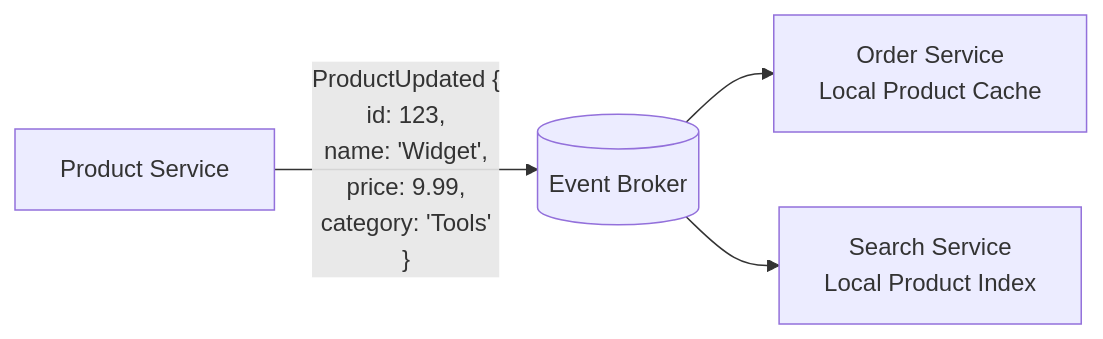
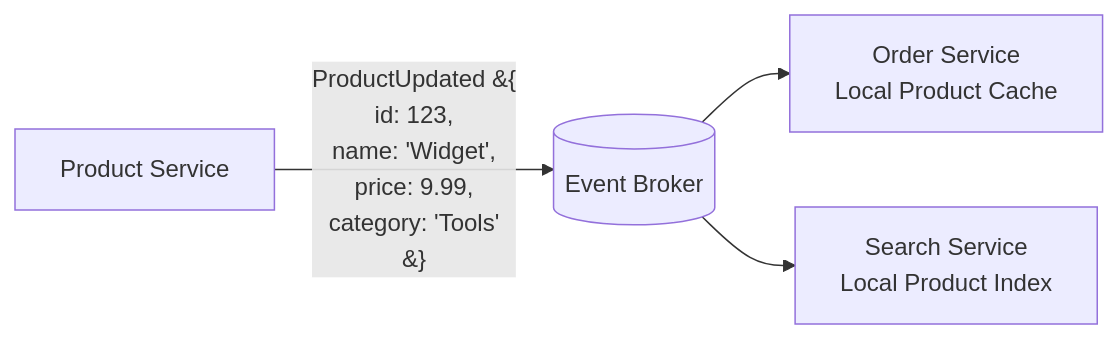
The sixth of 12 diagrams in software_architecture/08_service_communication_data_sharing.md (vladiant/vladiant), drawn with Mermaid before and after one commit. The commit also changed other lines of this file, not shown here.

Commit message:
Fix mermaid rendering

````diff
--- a/software_architecture/08_service_communication_data_sharing.md
+++ b/software_architecture/08_service_communication_data_sharing.md
@@ -135,6 +135,6 @@
 ```mermaid
 graph LR
-    PS[Product Service] -- "ProductUpdated {<br/>id: 123,<br/>name: 'Widget',<br/>price: 9.99,<br/>category: 'Tools'<br/>}" --> BROKER[(Event Broker)]
+    PS[Product Service] -- "ProductUpdated &#123;<br/>id: 123,<br/>name: 'Widget',<br/>price: 9.99,<br/>category: 'Tools'<br/>&#125;" --> BROKER[(Event Broker)]
     BROKER --> OS[Order Service<br/>Local Product Cache]
     BROKER --> SEARCH[Search Service<br/>Local Product Index]
 ```
````
